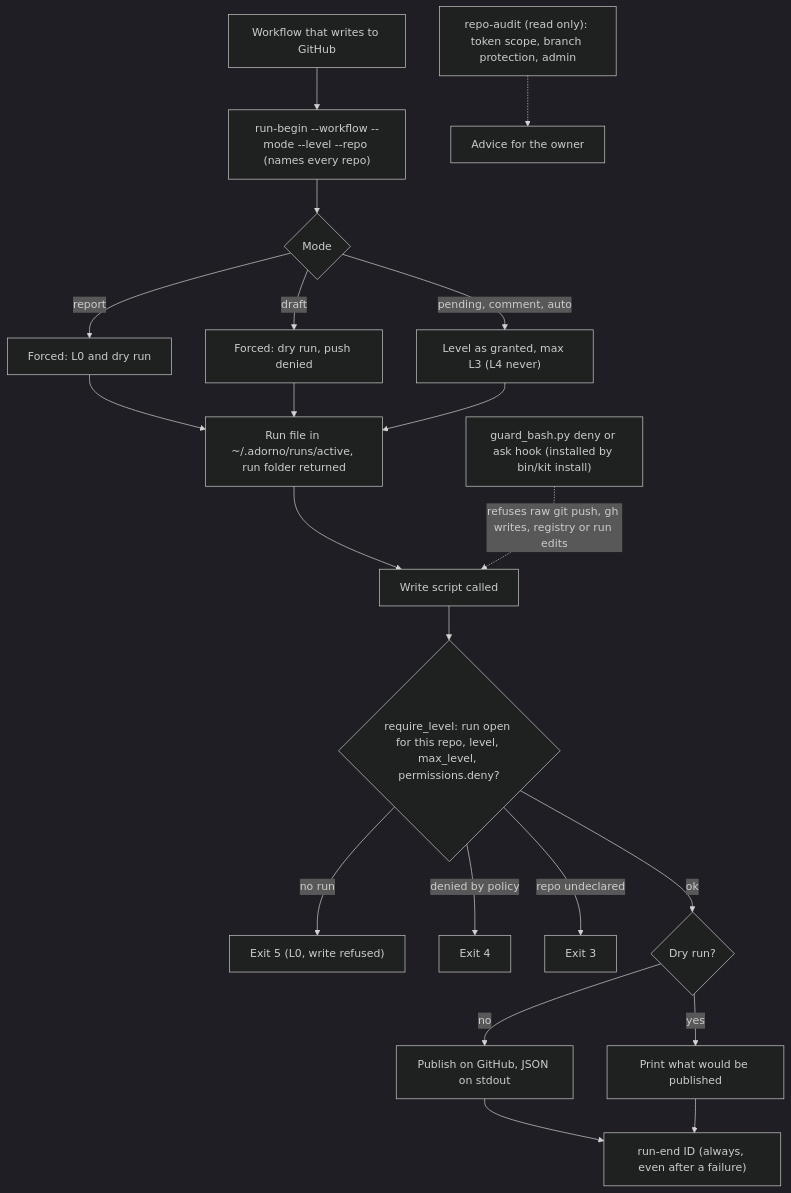
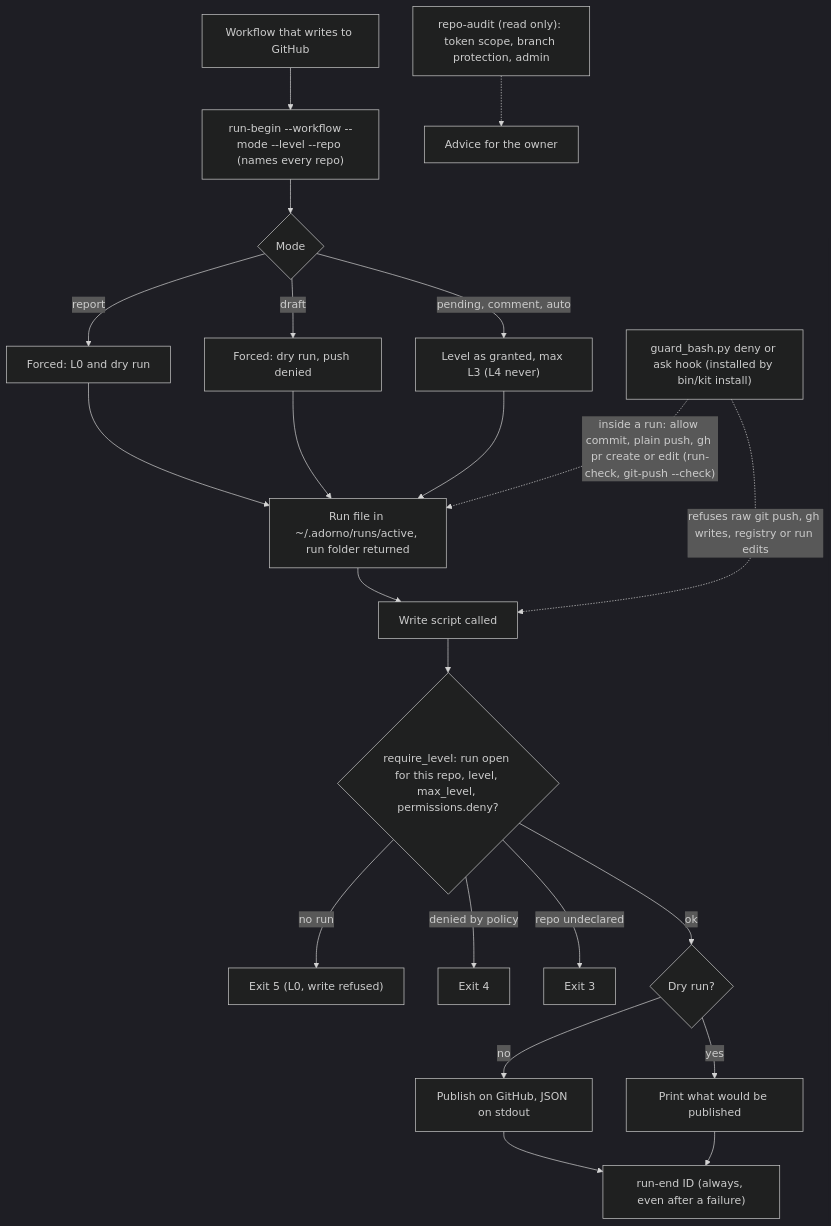
One commit to nicolasmondain/adorno changed the first of 2 diagrams in src/skills/adorno-github/SCHEMA.md. Above: the diagram before and after it, drawn with Mermaid (dark theme). The commit also changed 24 other files, not shown here.

First line of the commit message:
feat(security): let the shell guard allow pushes and PRs inside a run

````diff
--- a/src/skills/adorno-github/SCHEMA.md
+++ b/src/skills/adorno-github/SCHEMA.md
@@ -5,23 +5,24 @@
 ```mermaid
 flowchart TD
   W["Workflow that writes to GitHub"] --> RB["run-begin --workflow --mode --level --repo (names every repo)"]
   RB --> MD{"Mode"}
   MD -->|"report"| F1["Forced: L0 and dry run"]
   MD -->|"draft"| F2["Forced: dry run, push denied"]
   MD -->|"pending, comment, auto"| F3["Level as granted, max L3 (L4 never)"]
   F1 --> RF["Run file in ~/.adorno/runs/active, run folder returned"]
   F2 --> RF
   F3 --> RF
   RF --> WS["Write script called"]
   WS --> CK{"require_level: run open for this repo, level, max_level, permissions.deny?"}
   CK -->|"no run"| X5["Exit 5 (L0, write refused)"]
   CK -->|"denied by policy"| X4["Exit 4"]
   CK -->|"repo undeclared"| X3["Exit 3"]
   CK -->|"ok"| DR{"Dry run?"}
   DR -->|"yes"| PR["Print what would be published"]
   DR -->|"no"| GH["Publish on GitHub, JSON on stdout"]
   GH --> RE["run-end ID (always, even after a failure)"]
   PR --> RE
   GD["guard_bash.py deny or ask hook (installed by bin/kit install)"] -.->|"refuses raw git push, gh writes, registry or run edits"| WS
+  GD -.->|"inside a run: allow commit, plain push, gh pr create or edit (run-check, git-push --check)"| RF
   RA["repo-audit (read only): token scope, branch protection, admin"] -.-> OUTA["Advice for the owner"]
 ```
````
